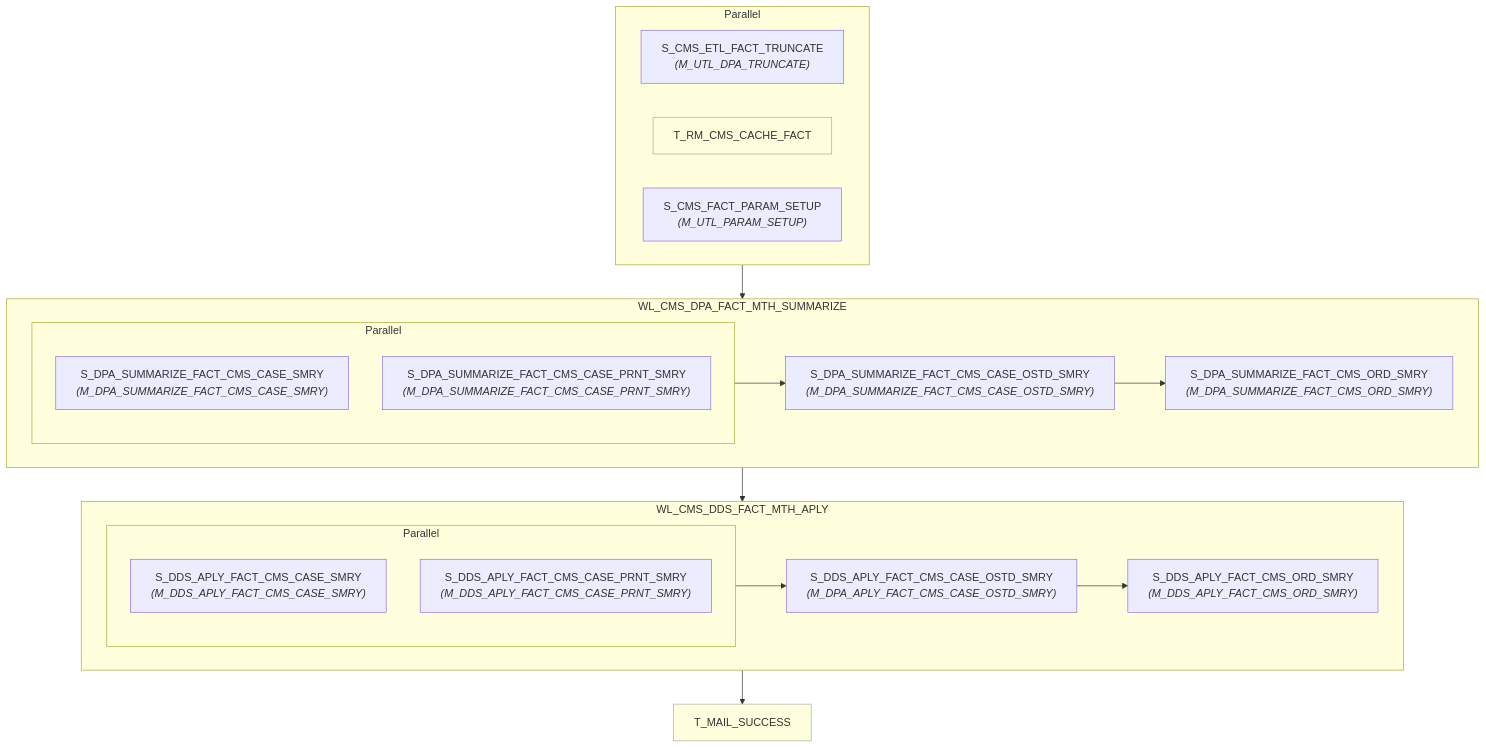
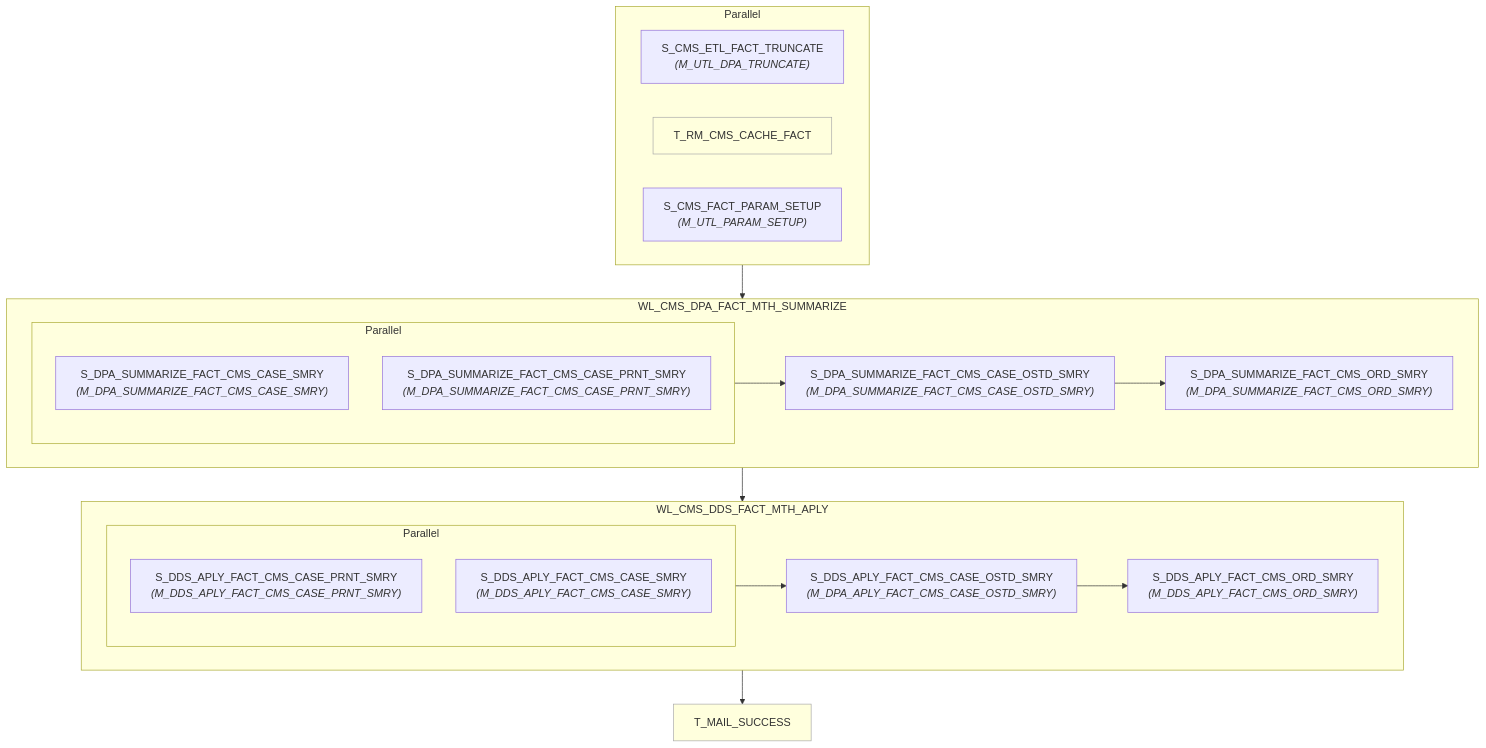
One commit to asl-adamxu/informatica-sparker-poc changed the diagram in informatica/PySpark_workflows/dds/WF_CMS_DDS_APLY_MTH/wf_cms_dds_aply_mth.md. Above: the diagram before and after it, drawn with Mermaid. The commit also changed 178 other files, not shown here.

````diff
--- a/informatica/PySpark_workflows/dds/WF_CMS_DDS_APLY_MTH/wf_cms_dds_aply_mth.md
+++ b/informatica/PySpark_workflows/dds/WF_CMS_DDS_APLY_MTH/wf_cms_dds_aply_mth.md
@@ -7,41 +7,41 @@
 ```mermaid
 flowchart TD
     n1["S_CMS_ETL_FACT_TRUNCATE<br/><i>(M_UTL_DPA_TRUNCATE)</i>"]
     n2["T_RM_CMS_CACHE_FACT"]
     style n2 fill:#ffd,stroke:#aaa,stroke-width:1px
     n3["S_CMS_FACT_PARAM_SETUP<br/><i>(M_UTL_PARAM_SETUP)</i>"]
     subgraph pg4[Parallel]
         n1
         n2
         n3
     end
     subgraph wkl5["WL_CMS_DPA_FACT_MTH_SUMMARIZE"]
     n6["S_DPA_SUMMARIZE_FACT_CMS_CASE_SMRY<br/><i>(M_DPA_SUMMARIZE_FACT_CMS_CASE_SMRY)</i>"]
     n7["S_DPA_SUMMARIZE_FACT_CMS_CASE_PRNT_SMRY<br/><i>(M_DPA_SUMMARIZE_FACT_CMS_CASE_PRNT_SMRY)</i>"]
     subgraph pg8[Parallel]
         n6
         n7
     end
     n9["S_DPA_SUMMARIZE_FACT_CMS_CASE_OSTD_SMRY<br/><i>(M_DPA_SUMMARIZE_FACT_CMS_CASE_OSTD_SMRY)</i>"]
     n10["S_DPA_SUMMARIZE_FACT_CMS_ORD_SMRY<br/><i>(M_DPA_SUMMARIZE_FACT_CMS_ORD_SMRY)</i>"]
         pg8 --> n9
         n9 --> n10
     end
     subgraph wkl11["WL_CMS_DDS_FACT_MTH_APLY"]
-    n12["S_DDS_APLY_FACT_CMS_CASE_SMRY<br/><i>(M_DDS_APLY_FACT_CMS_CASE_SMRY)</i>"]
-    n13["S_DDS_APLY_FACT_CMS_CASE_PRNT_SMRY<br/><i>(M_DDS_APLY_FACT_CMS_CASE_PRNT_SMRY)</i>"]
+    n12["S_DDS_APLY_FACT_CMS_CASE_PRNT_SMRY<br/><i>(M_DDS_APLY_FACT_CMS_CASE_PRNT_SMRY)</i>"]
+    n13["S_DDS_APLY_FACT_CMS_CASE_SMRY<br/><i>(M_DDS_APLY_FACT_CMS_CASE_SMRY)</i>"]
     subgraph pg14[Parallel]
         n12
         n13
     end
     n15["S_DDS_APLY_FACT_CMS_CASE_OSTD_SMRY<br/><i>(M_DPA_APLY_FACT_CMS_CASE_OSTD_SMRY)</i>"]
     n16["S_DDS_APLY_FACT_CMS_ORD_SMRY<br/><i>(M_DDS_APLY_FACT_CMS_ORD_SMRY)</i>"]
         pg14 --> n15
         n15 --> n16
     end
     n17["T_MAIL_SUCCESS"]
     style n17 fill:#ffd,stroke:#aaa,stroke-width:1px
     pg4 --> wkl5
     wkl5 --> wkl11
     wkl11 --> n17
 ```
````
